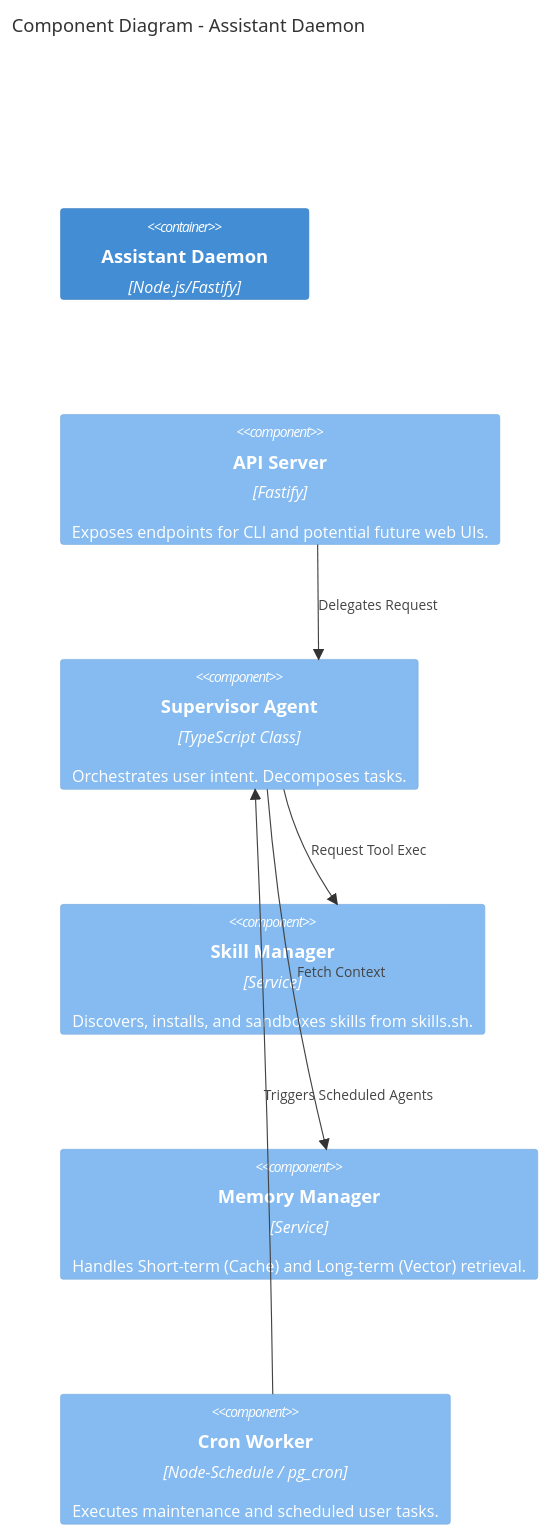
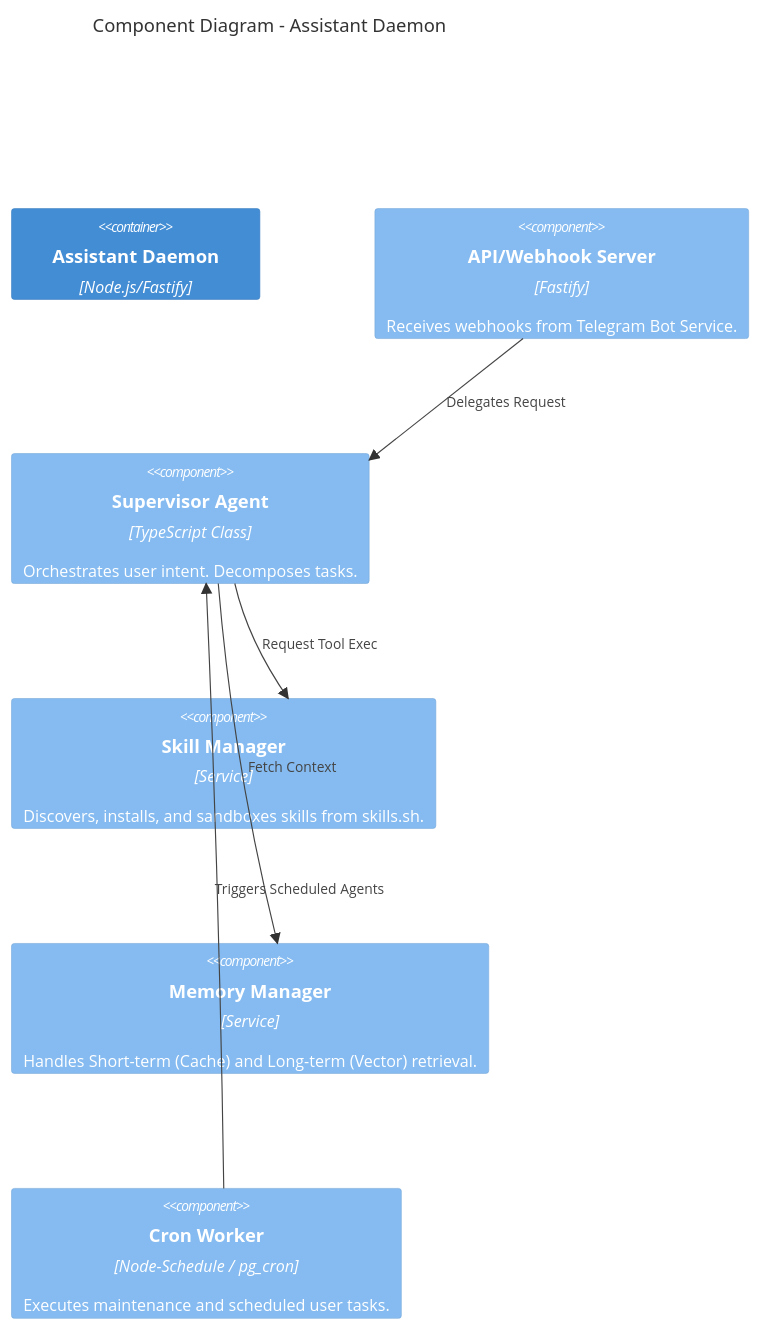
The third of 4 diagrams in docs/architecture/c4-model.md (seanpham99/open-personal-assistant), drawn with Mermaid before and after one commit. The commit also changed other lines of this file and 2 other files, not shown here.

Commit message:
docs: switch user interface to telegram bot

````diff
--- a/docs/architecture/c4-model.md
+++ b/docs/architecture/c4-model.md
@@ -59,17 +61,17 @@
 ```mermaid
 C4Component
   title Component Diagram - Assistant Daemon
 
   Container(daemon, "Assistant Daemon", "Node.js/Fastify")
 
-  Component(api_server, "API Server", "Fastify", "Exposes endpoints for CLI and potential future web UIs.")
+  Component(api_server, "API/Webhook Server", "Fastify", "Receives webhooks from Telegram Bot Service.")
   Component(supervisor, "Supervisor Agent", "TypeScript Class", "Orchestrates user intent. Decomposes tasks.")
   Component(skill_mgr, "Skill Manager", "Service", "Discovers, installs, and sandboxes skills from skills.sh.")
   Component(memory_mgr, "Memory Manager", "Service", "Handles Short-term (Cache) and Long-term (Vector) retrieval.")
   Component(cron_worker, "Cron Worker", "Node-Schedule / pg_cron", "Executes maintenance and scheduled user tasks.")
   
   Rel(api_server, supervisor, "Delegates Request")
   Rel(supervisor, skill_mgr, "Request Tool Exec")
   Rel(supervisor, memory_mgr, "Fetch Context")
   Rel(cron_worker, supervisor, "Triggers Scheduled Agents")
 ```
````
